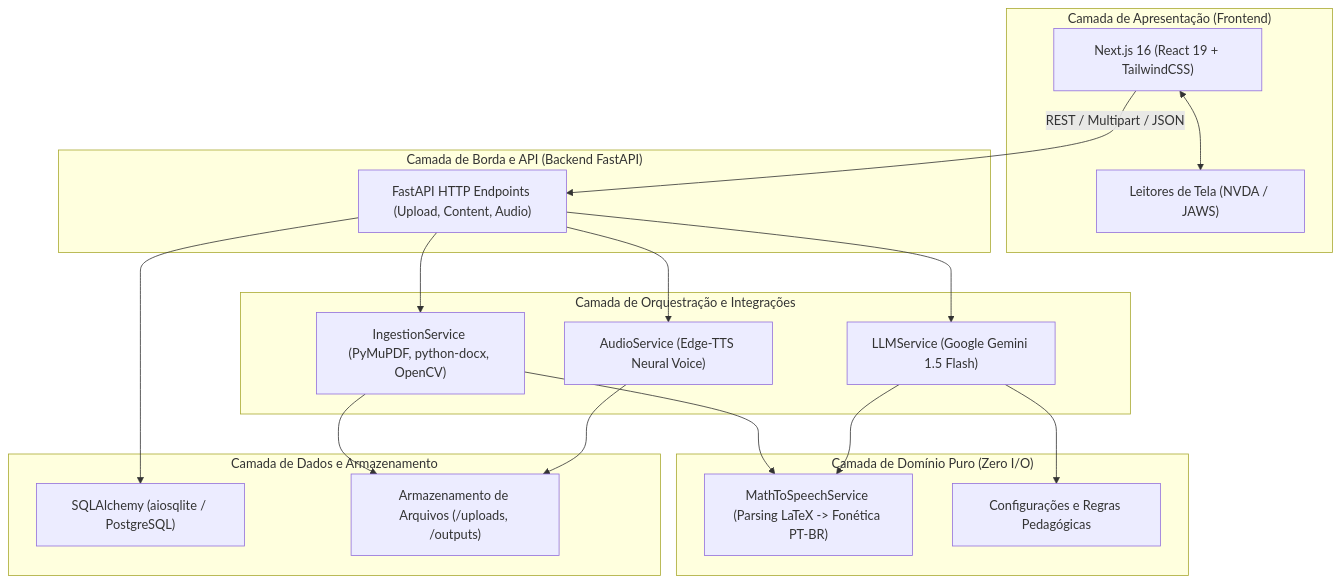
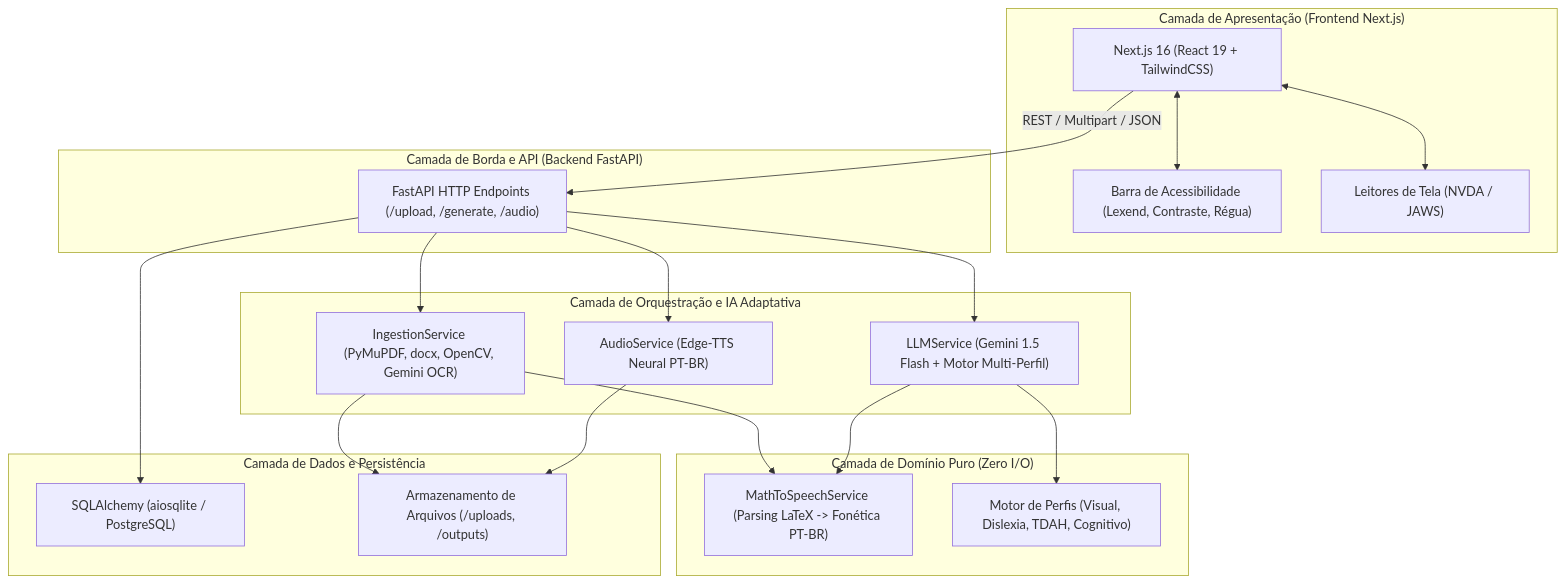
The diagram in docs/architecture.md (elisaleao/SINA_IA), drawn with Mermaid before and after one commit. The commit also changed other lines of this file and 15 other files, not shown here.

````diff
--- a/docs/architecture.md
+++ b/docs/architecture.md
@@ -11,39 +11,41 @@
 ```mermaid
 flowchart TD
-    subgraph ClientLayer["Camada de Apresentação (Frontend)"]
+    subgraph ClientLayer["Camada de Apresentação (Frontend Next.js)"]
         UI["Next.js 16 (React 19 + TailwindCSS)"]
+        ACC_BAR["Barra de Acessibilidade (Lexend, Contraste, Régua)"]
         SR["Leitores de Tela (NVDA / JAWS)"]
         UI <--> SR
+        UI <--> ACC_BAR
     end
 
     subgraph EdgeLayer["Camada de Borda e API (Backend FastAPI)"]
-        API["FastAPI HTTP Endpoints (Upload, Content, Audio)"]
+        API["FastAPI HTTP Endpoints (/upload, /generate, /audio)"]
     end
 
-    subgraph ServiceLayer["Camada de Orquestração e Integrações"]
-        INGEST["IngestionService (PyMuPDF, python-docx, OpenCV)"]
-        LLM["LLMService (Google Gemini 1.5 Flash)"]
-        AUDIO["AudioService (Edge-TTS Neural Voice)"]
+    subgraph ServiceLayer["Camada de Orquestração e IA Adaptativa"]
+        INGEST["IngestionService (PyMuPDF, docx, OpenCV, Gemini OCR)"]
+        LLM["LLMService (Gemini 1.5 Flash + Motor Multi-Perfil)"]
+        AUDIO["AudioService (Edge-TTS Neural PT-BR)"]
     end
 
     subgraph DomainLayer["Camada de Domínio Puro (Zero I/O)"]
         M2S["MathToSpeechService (Parsing LaTeX -> Fonética PT-BR)"]
-        PEDAGOGY["Configurações e Regras Pedagógicas"]
+        PROFILES["Motor de Perfis (Visual, Dislexia, TDAH, Cognitivo)"]
     end
 
-    subgraph PersistenceLayer["Camada de Dados e Armazenamento"]
+    subgraph PersistenceLayer["Camada de Dados e Persistência"]
         DB["SQLAlchemy (aiosqlite / PostgreSQL)"]
         STORAGE["Armazenamento de Arquivos (/uploads, /outputs)"]
     end
 
     UI -->|REST / Multipart / JSON| API
     API --> INGEST
     API --> LLM
     API --> AUDIO
     API --> DB
     INGEST --> STORAGE
     AUDIO --> STORAGE
     INGEST --> M2S
     LLM --> M2S
-    LLM --> PEDAGOGY
+    LLM --> PROFILES
 ```
````
